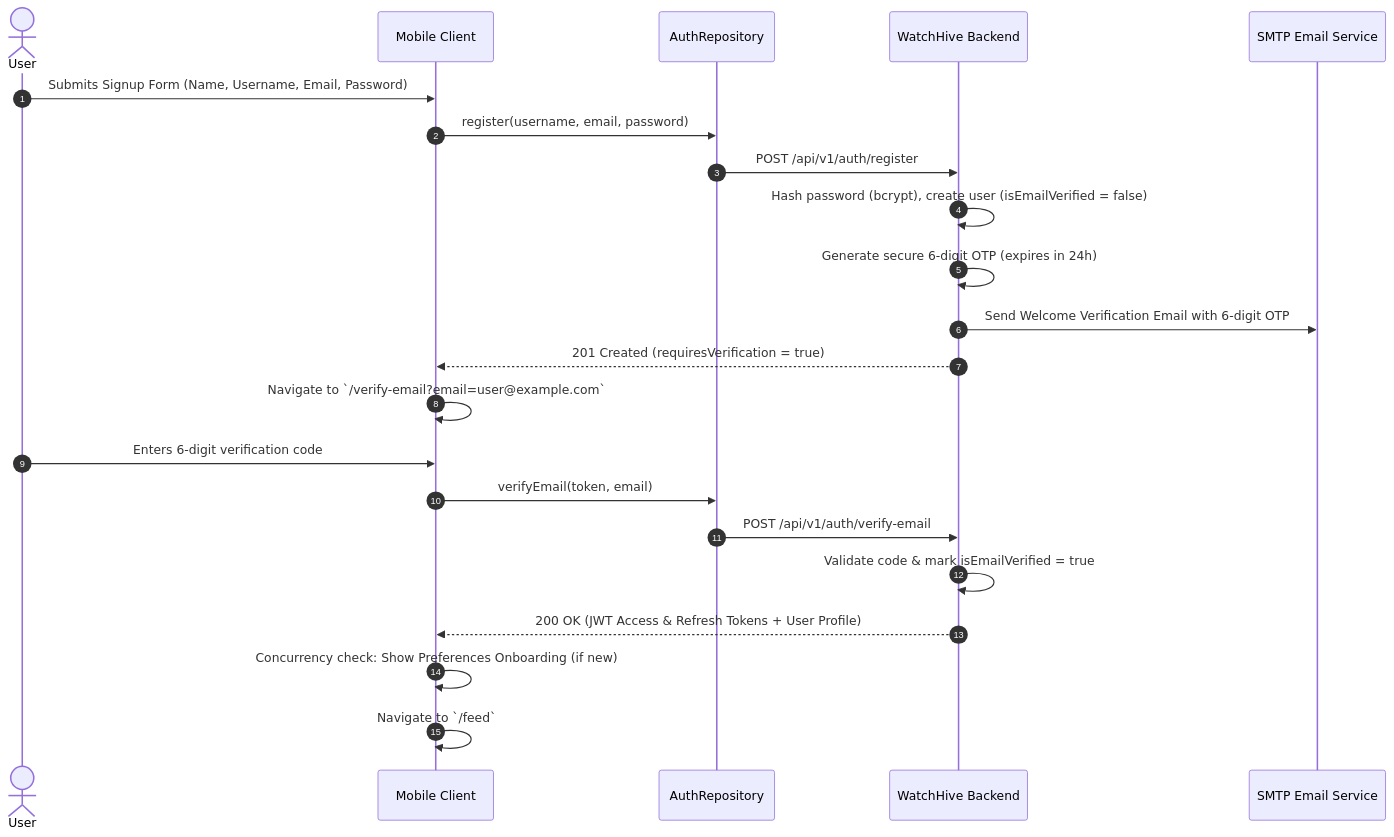
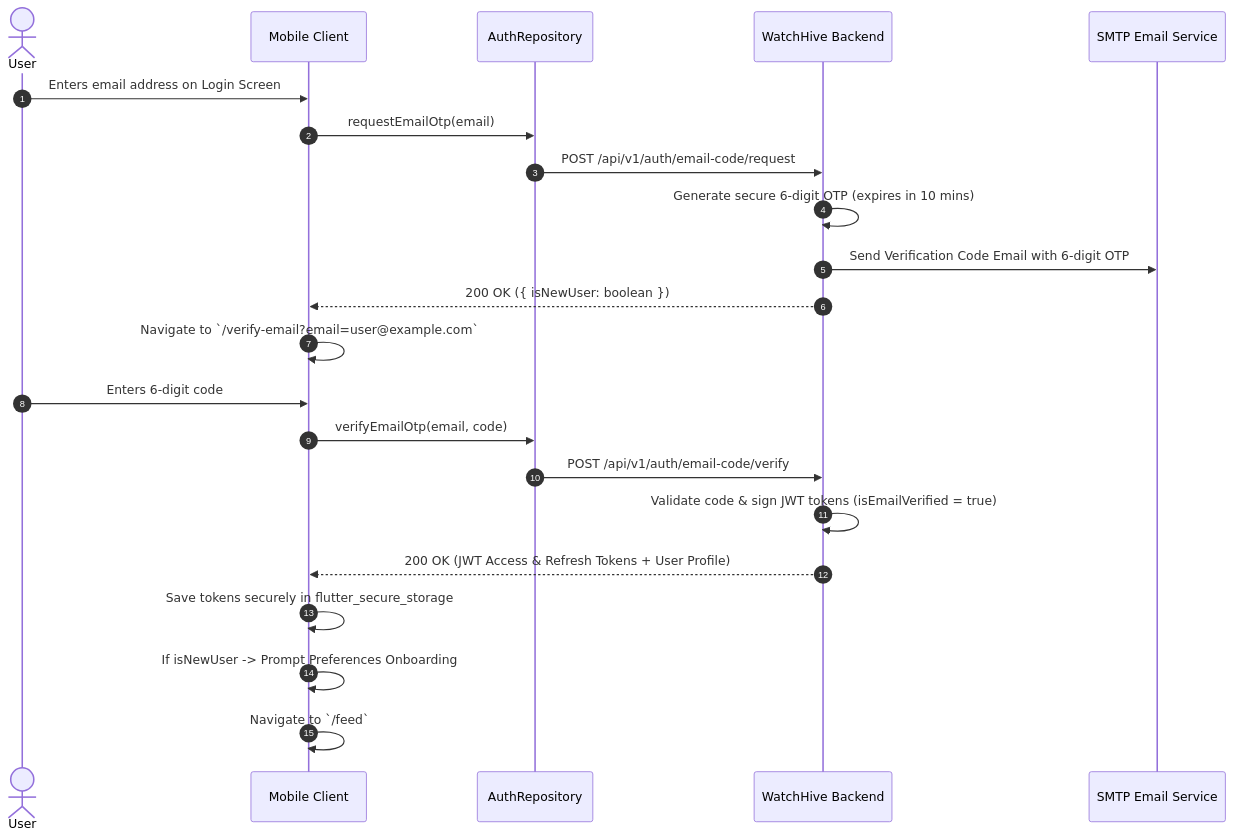
The second of 4 diagrams in docs/ARCHITECTURE.md (dasamantaraoaditya/WatchHive-Mobile), drawn with Mermaid before and after one commit. The commit also changed other lines of this file and 10 other files, not shown here.

````diff
--- a/docs/ARCHITECTURE.md
+++ b/docs/ARCHITECTURE.md
@@ -60,25 +60,25 @@
 ```mermaid
 sequenceDiagram
     autonumber
     actor User
     participant App as Mobile Client
     participant AuthRepo as AuthRepository
     participant API as WatchHive Backend
     participant Mail as SMTP Email Service
 
-    User->>App: Submits Signup Form (Name, Username, Email, Password)
-    App->>AuthRepo: register(username, email, password)
-    AuthRepo->>API: POST /api/v1/auth/register
-    API->>API: Hash password (bcrypt), create user (isEmailVerified = false)
-    API->>API: Generate secure 6-digit OTP (expires in 24h)
-    API->>Mail: Send Welcome Verification Email with 6-digit OTP
-    API-->>App: 201 Created (requiresVerification = true)
+    User->>App: Enters email address on Login Screen
+    App->>AuthRepo: requestEmailOtp(email)
+    AuthRepo->>API: POST /api/v1/auth/email-code/request
+    API->>API: Generate secure 6-digit OTP (expires in 10 mins)
+    API->>Mail: Send Verification Code Email with 6-digit OTP
+    API-->>App: 200 OK ({ isNewUser: boolean })
     App->>App: Navigate to `/verify-email?email=user@example.com`
-    User->>App: Enters 6-digit verification code
-    App->>AuthRepo: verifyEmail(token, email)
-    AuthRepo->>API: POST /api/v1/auth/verify-email
-    API->>API: Validate code & mark isEmailVerified = true
+    User->>App: Enters 6-digit code
+    App->>AuthRepo: verifyEmailOtp(email, code)
+    AuthRepo->>API: POST /api/v1/auth/email-code/verify
+    API->>API: Validate code & sign JWT tokens (isEmailVerified = true)
     API-->>App: 200 OK (JWT Access & Refresh Tokens + User Profile)
-    App->>App: Concurrency check: Show Preferences Onboarding (if new)
+    App->>App: Save tokens securely in flutter_secure_storage
+    App->>App: If isNewUser -> Prompt Preferences Onboarding
     App->>App: Navigate to `/feed`
 ```
````
